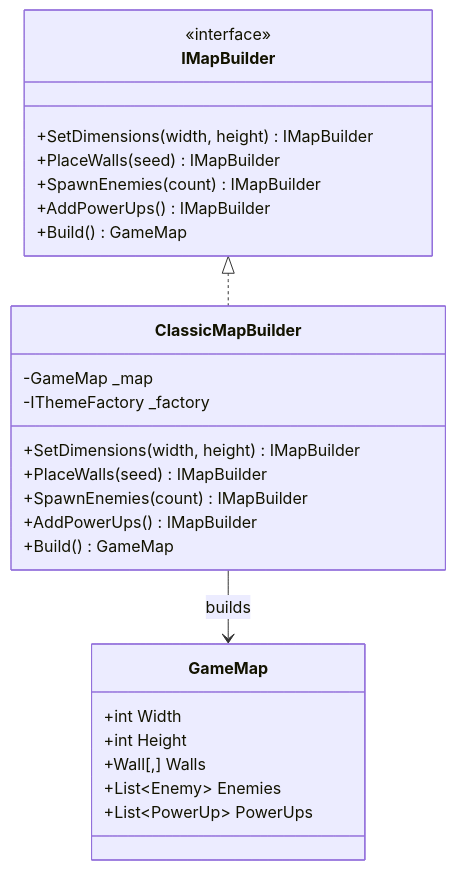
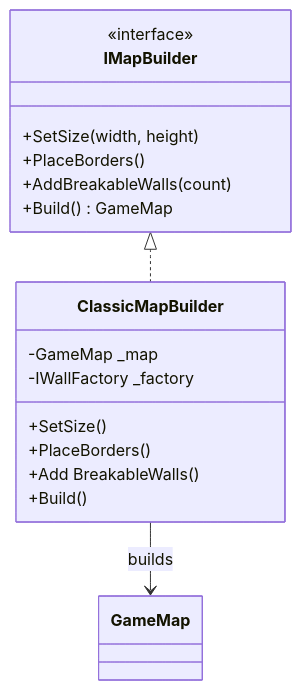
The fifth of 11 diagrams in DESIGN_DOCUMENT.md (sudedincer/BombermanWithDesignPatterns), drawn with Mermaid before and after one commit. The commit also changed other lines of this file and 1 other file, not shown here.

````diff
--- a/DESIGN_DOCUMENT.md
+++ b/DESIGN_DOCUMENT.md
@@ -615,32 +517,24 @@
 ```mermaid
 classDiagram
     class IMapBuilder {
         <<interface>>
-        +SetDimensions(width, height) IMapBuilder
-        +PlaceWalls(seed) IMapBuilder
-        +SpawnEnemies(count) IMapBuilder
-        +AddPowerUps() IMapBuilder
+        +SetSize(width, height)
+        +PlaceBorders()
+        +AddBreakableWalls(count)
         +Build() GameMap
     }
     
     class ClassicMapBuilder {
         -GameMap _map
-        -IThemeFactory _factory
-        +SetDimensions(width, height) IMapBuilder
-        +PlaceWalls(seed) IMapBuilder
-        +SpawnEnemies(count) IMapBuilder
-        +AddPowerUps() IMapBuilder
-        +Build() GameMap
+        -IWallFactory _factory
+        +SetSize()
+        +PlaceBorders()
+        +Add BreakableWalls()
+        +Build()
     }
     
-    class GameMap {
-        +int Width
-        +int Height
-        +Wall[,] Walls
-        +List~Enemy~ Enemies
-        +List~PowerUp~ PowerUps
-    }
+    class GameMap
     
     IMapBuilder <|.. ClassicMapBuilder
     ClassicMapBuilder --> GameMap : builds
 ```
````
